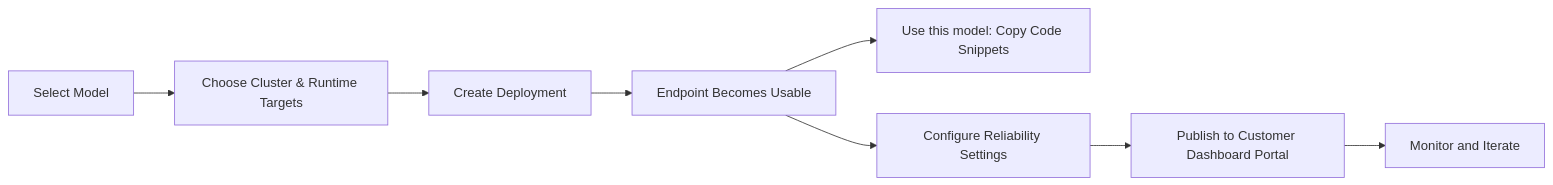
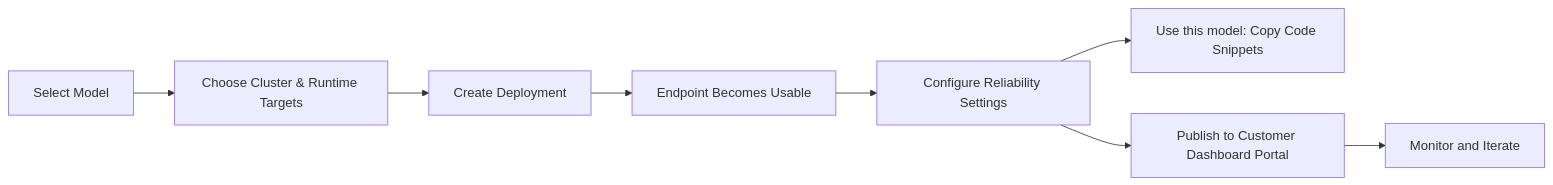
Before and after one commit to BudEcosystem/bud-runtime: the diagram in docs/deployments/introduction.mdx, drawn with Mermaid. The commit also changed other lines of this file, not shown here.

````diff
--- a/docs/deployments/introduction.mdx
+++ b/docs/deployments/introduction.mdx
@@ -28,10 +24,10 @@
 ```mermaid
 flowchart LR
     A[Select Model] --> B[Choose Cluster & Runtime Targets]
     B --> C[Create Deployment]
     C --> D[Endpoint Becomes Usable]
-    D --> E[Use this model: Copy Code Snippets]
-    D --> F[Configure Reliability Settings]
-    F --> G[Publish to Customer Dashboard Portal]
+    D --> E[Configure Reliability Settings]
+    E --> F[Use this model: Copy Code Snippets]
+    E --> G[Publish to Customer Dashboard Portal]
     G --> H[Monitor and Iterate]
 ```
````
